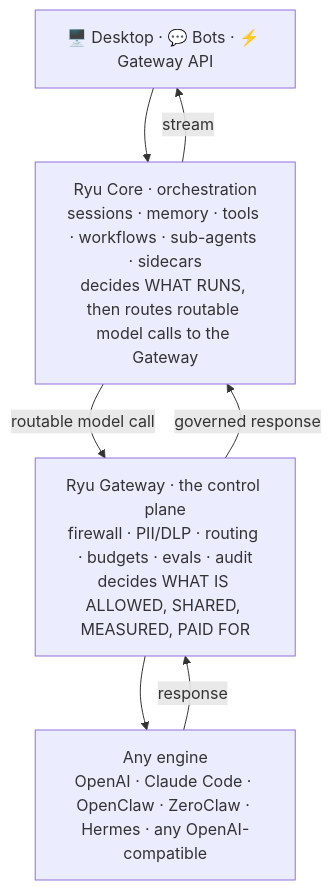
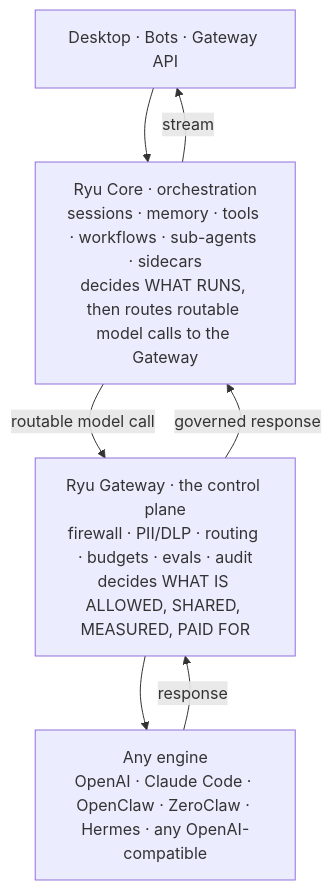
Before and after one commit to amajorai/ryu-docs: the first of 2 diagrams in content/docs/start-here/architecture/why-ryu.mdx, drawn with Mermaid. The commit also changed other lines of this file and 2538 other files, not shown here.

````diff
--- a/content/docs/start-here/architecture/why-ryu.mdx
+++ b/content/docs/start-here/architecture/why-ryu.mdx
@@ -54,11 +48,11 @@
 ```mermaid
 flowchart TD
-  S["🖥️ Desktop · 💬 Bots · ⚡ Gateway API"] --> C
+  S["Desktop · Bots · Gateway API"] --> C
     C["Ryu Core · orchestration\nsessions · memory · tools · workflows · sub-agents · sidecars\ndecides WHAT RUNS, then routes routable model calls to the Gateway"]
     C -->|"routable model call"| G
   G["Ryu Gateway · the control plane\nfirewall · PII/DLP · routing · budgets · evals · audit\ndecides WHAT IS ALLOWED, SHARED, MEASURED, PAID FOR"]
   G --> E["Any engine\nOpenAI · Claude Code · OpenClaw · ZeroClaw · Hermes · any OpenAI-compatible"]
   E -->|"response"| G
   G -->|"governed response"| C
   C -->|"stream"| S
 ```
````
